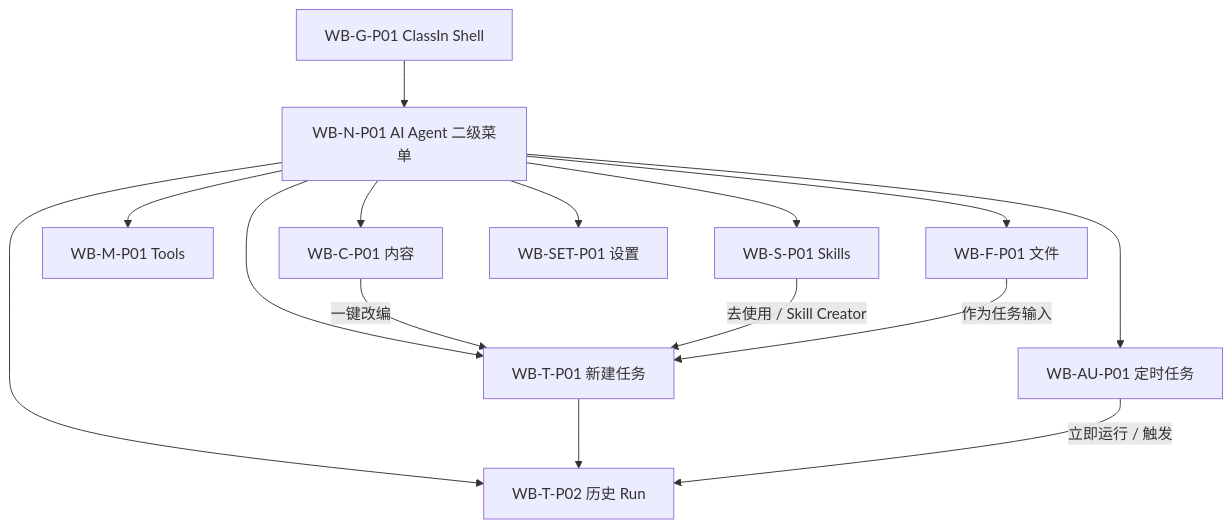
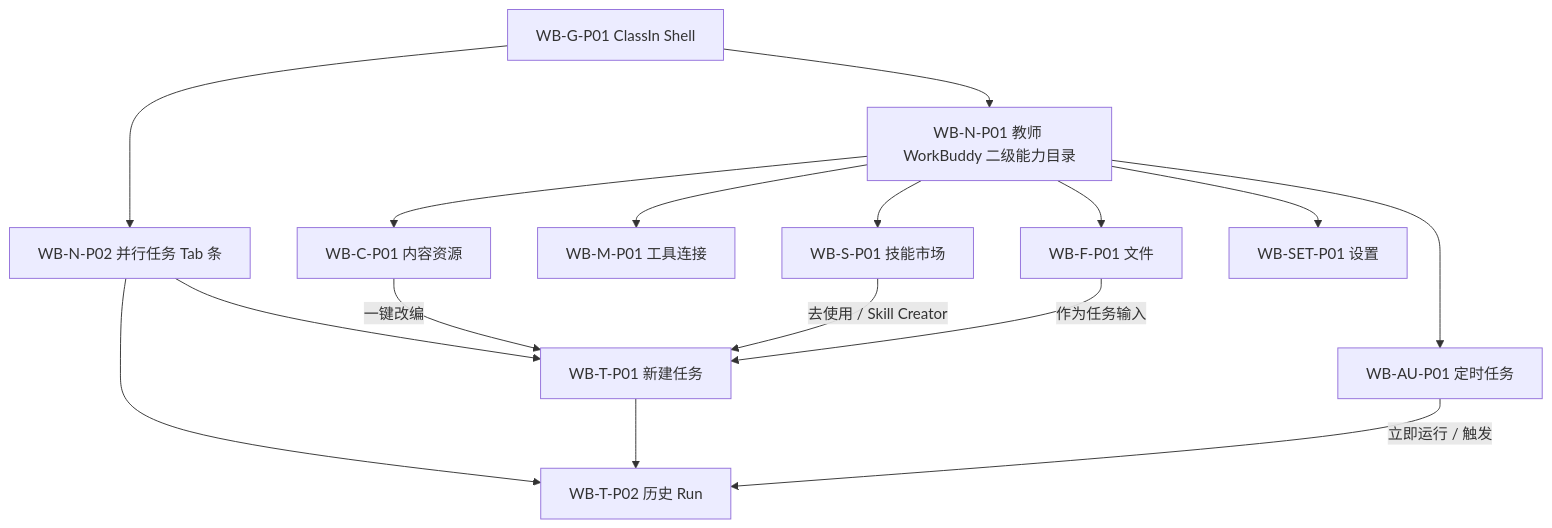
One commit to dynamic39300/classin-ai-buddy changed the first of 2 diagrams in docs/04-specs/features/workbuddy-v1-workspace/PAGE-MAP-AND-NAVIGATION.md. Above: the diagram before and after it, drawn with Mermaid. The commit also changed other lines of this file and 54 other files, not shown here.

Commit message:
feat: establish reviewed WorkBuddy M4 baseline and M4.1 specs

````diff
--- a/docs/04-specs/features/workbuddy-v1-workspace/PAGE-MAP-AND-NAVIGATION.md
+++ b/docs/04-specs/features/workbuddy-v1-workspace/PAGE-MAP-AND-NAVIGATION.md
@@ -79,17 +80,18 @@
 ```mermaid
 flowchart TD
-  SH["WB-G-P01 ClassIn Shell"] --> NAV["WB-N-P01 AI Agent 二级菜单"]
-  NAV --> NEW["WB-T-P01 新建任务"]
-  NAV --> RUN["WB-T-P02 历史 Run"]
-  NAV --> SK["WB-S-P01 Skills"]
-  NAV --> TL["WB-M-P01 Tools"]
-  NAV --> CT["WB-C-P01 内容"]
+  SH["WB-G-P01 ClassIn Shell"] --> NAV["WB-N-P01 教师 WorkBuddy 二级能力目录"]
+  SH --> TABS["WB-N-P02 并行任务 Tab 条"]
+  TABS --> NEW["WB-T-P01 新建任务"]
+  TABS --> RUN["WB-T-P02 历史 Run"]
+  NAV --> SK["WB-S-P01 技能市场"]
+  NAV --> TL["WB-M-P01 工具连接"]
+  NAV --> CT["WB-C-P01 内容资源"]
   NAV --> AU["WB-AU-P01 定时任务"]
   NAV --> FI["WB-F-P01 文件"]
   NAV --> ST["WB-SET-P01 设置"]
   NEW --> RUN
   CT -->|一键改编| NEW
   SK -->|去使用 / Skill Creator| NEW
   AU -->|立即运行 / 触发| RUN
   FI -->|作为任务输入| NEW
 ```
````
